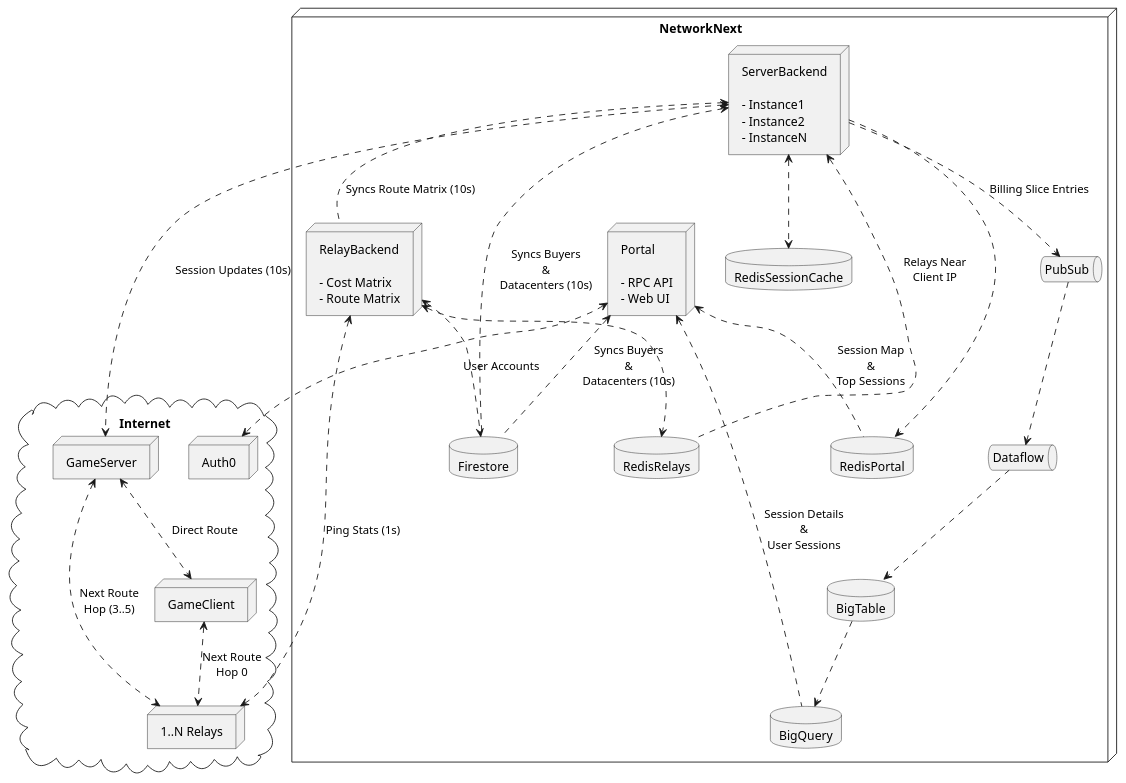
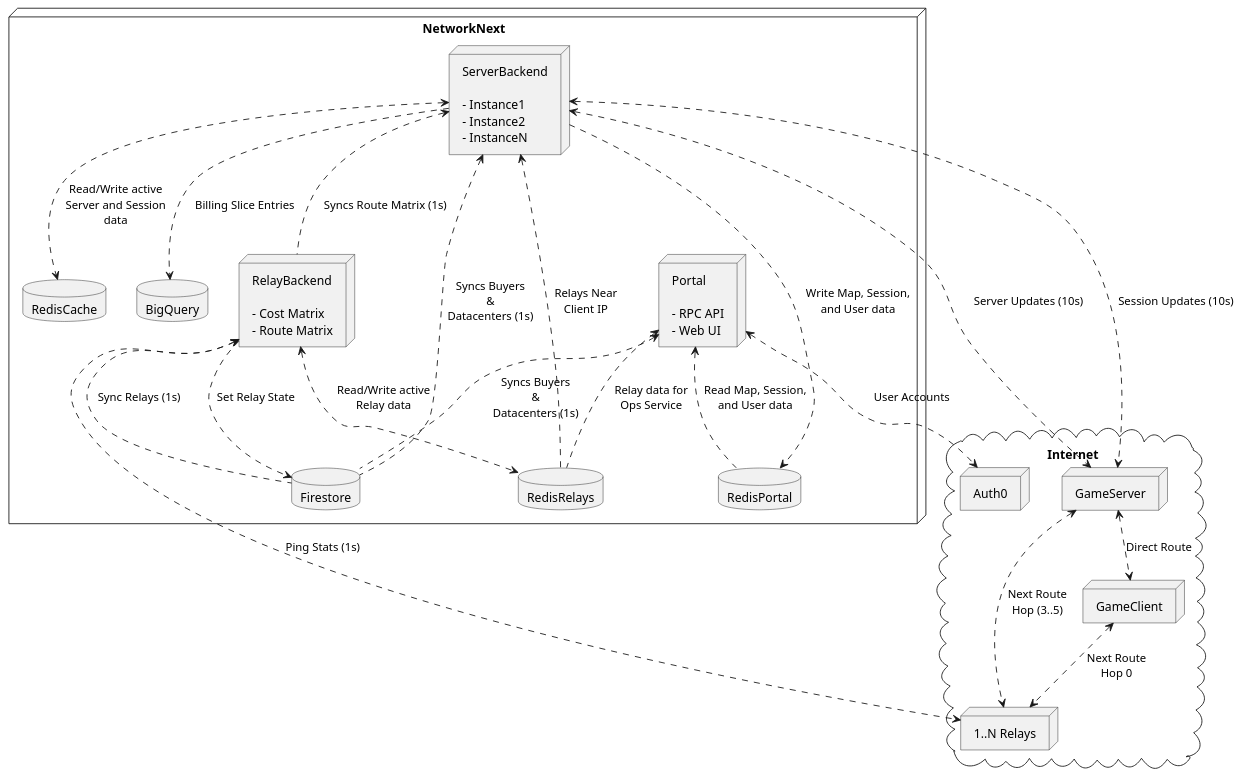
Before and after one commit to networknext/next: the diagram in .diagrams/overview.plantuml, drawn with PlantUML. The commit also changed 4 other files, not shown here.

Commit message:
Cleaned up plantuml diagrams and added one for storage entities

```diff
--- a/.diagrams/overview.plantuml
+++ b/.diagrams/overview.plantuml
@@ -1,65 +1,61 @@
-@startuml
+@startuml Overview
 node NetworkNext {
-    database BigTable
     database BigQuery
     database Firestore
     database RedisRelays
-    database RedisSessionCache
     database RedisPortal
-    queue PubSub
-    queue Dataflow
+    database RedisCache
 
+    node Portal [
+        Portal
+
+        - RPC API
+        - Web UI
+    ]
     node RelayBackend [
         RelayBackend
 
         - Cost Matrix
         - Route Matrix
     ]
     node ServerBackend [
         ServerBackend
 
         - Instance1
         - Instance2
         - InstanceN
     ]
-    node Portal [
-        Portal
-
-        - RPC API
-        - Web UI
-    ]
 }
 
 cloud Internet {
     node Auth0
     node Relays [
         1..N Relays
     ]
     node GameServer
     node GameClient
 }
 
 RelayBackend <..> Relays : Ping Stats (1s)
-RelayBackend <..> RedisRelays
-RelayBackend <..> Firestore
+RelayBackend <..> RedisRelays : Read/Write active\nRelay data
+RelayBackend <.. Firestore : Sync Relays (1s)
+RelayBackend ..> Firestore : Set Relay State
 
 GameServer <..> GameClient : Direct Route
 GameClient <..> Relays : Next Route\nHop 0
 GameServer <..> Relays : Next Route\nHop (3..5)
 ServerBackend <..> GameServer : Session Updates (10s)
-ServerBackend <.. Firestore : Syncs Buyers\n&\nDatacenters (10s)
-ServerBackend <.. RelayBackend : Syncs Route Matrix (10s)
+ServerBackend <..> GameServer : Server Updates (10s)
+ServerBackend <.. Firestore : Syncs Buyers\n&\nDatacenters (1s)
+ServerBackend <.. RelayBackend : Syncs Route Matrix (1s)
 ServerBackend <.. RedisRelays : Relays Near\nClient IP
-ServerBackend <..> RedisSessionCache
-ServerBackend ..> RedisPortal
-ServerBackend ..> PubSub : Billing Slice Entries
+ServerBackend <..> RedisCache : Read/Write active\nServer and Session\ndata
+ServerBackend ..> RedisPortal : Write Map, Session,\nand User data
 
-PubSub ..> Dataflow
-Dataflow ..> BigTable
-BigTable ..> BigQuery
+ServerBackend ..> BigQuery : Billing Slice Entries
 
-Portal <.. Firestore : Syncs Buyers\n&\nDatacenters (10s)
-Portal <.. BigQuery : Session Details\n&\nUser Sessions
-Portal <.. RedisPortal : Session Map\n&\nTop Sessions
+Portal <.. Firestore : Syncs Buyers\n&\nDatacenters (1s)
+Portal <.. RedisPortal : Read Map, Session,\nand User data
+Portal <.. RedisRelays : Relay data for\nOps Service
 Portal <..> Auth0 : User Accounts
 @enduml
```
